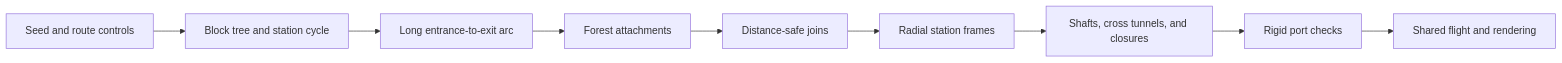
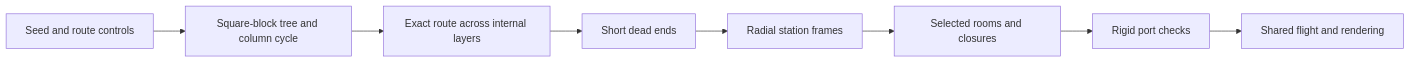
Before and after one commit to Hardcode84/10: the diagram in docs/content/shaft-grid.md, drawn with Mermaid. The commit also changed other lines of this file and 11 other files, not shown here.

Commit message:
Generate exact shaft routes with short dead ends

````diff
--- a/docs/content/shaft-grid.md
+++ b/docs/content/shaft-grid.md
@@ -54,11 +39,10 @@
 ```mermaid
 flowchart LR
-    seed["Seed and route controls"] --> cycle["Block tree and station cycle"]
-    cycle --> path["Long entrance-to-exit arc"]
-    path --> forest["Forest attachments"]
-    forest --> joins["Distance-safe joins"]
-    joins --> placement["Radial station frames"]
-    placement --> rooms["Shafts, cross tunnels, and closures"]
+    seed["Seed and route controls"] --> cycle["Square-block tree and column cycle"]
+    cycle --> path["Exact route across internal layers"]
+    path --> branches["Short dead ends"]
+    branches --> placement["Radial station frames"]
+    placement --> rooms["Selected rooms and closures"]
     rooms --> checks["Rigid port checks"]
     checks --> flight["Shared flight and rendering"]
 ```
````
